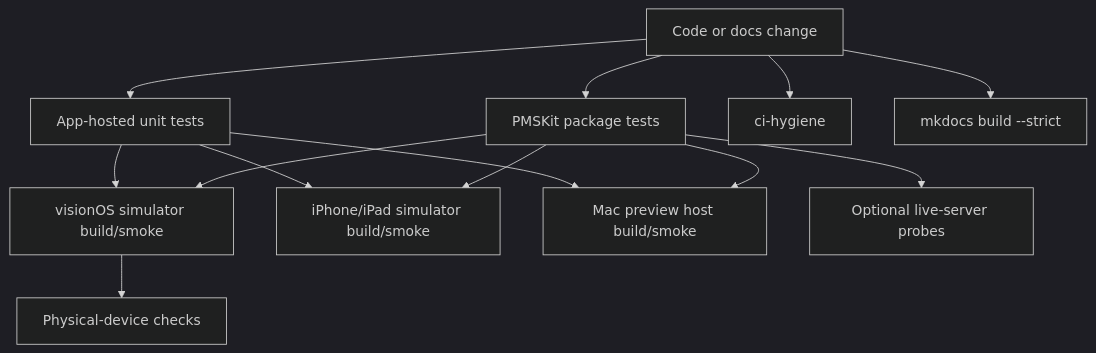
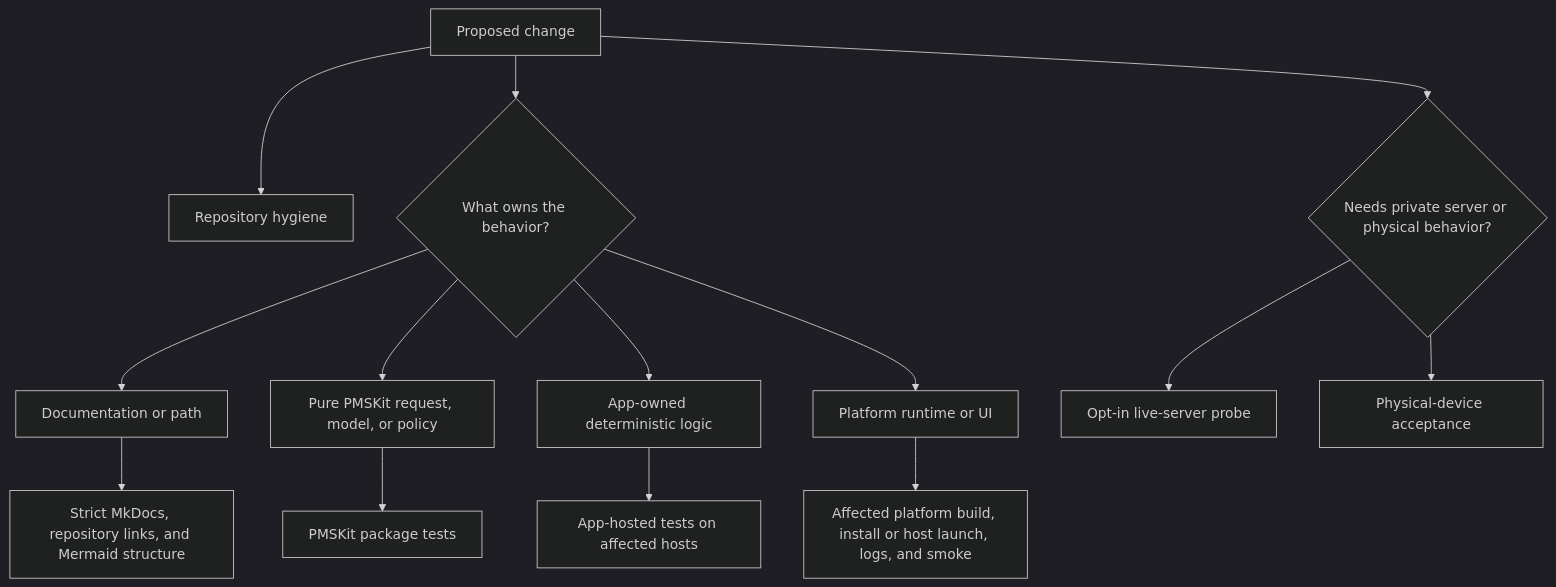
One commit to jlipworth/Labstream changed the diagram in docs/TESTING-STRATEGY.md. Above: the diagram before and after it, drawn with Mermaid (dark theme). The commit also changed other lines of this file and 44 other files, not shown here.

````diff
--- a/docs/TESTING-STRATEGY.md
+++ b/docs/TESTING-STRATEGY.md
@@ -5,15 +5,18 @@
 ```mermaid
 flowchart TD
-  Change[Code or docs change] --> Unit[PMSKit package tests]
-  Change --> AppUnit[App-hosted unit tests]
-  Change --> Hygiene[ci-hygiene]
-  Change --> Docs[mkdocs build --strict]
-  Unit --> VisionSim[visionOS simulator build/smoke]
-  Unit --> MobileSim[iPhone/iPad simulator build/smoke]
-  Unit --> MacHost[Mac preview host build/smoke]
-  VisionSim --> Device[Physical-device checks]
-  Unit --> Live[Optional live-server probes]
-  AppUnit --> VisionSim
-  AppUnit --> MobileSim
-  AppUnit --> MacHost
+  accTitle: Validation lanes by change type
+  accDescr: Every change runs repository hygiene. Documentation changes also run strict site, link, and Mermaid checks; pure package changes run PMSKit tests; app-owned deterministic changes run hosted tests; runtime changes add the affected platform build and smoke. Private-server and hardware-only behavior use separate opt-in gates.
+  Change[Proposed change] --> Hygiene[Repository hygiene]
+  Change --> Kind{What owns the behavior?}
+  Kind --> Docs[Documentation or path]
+  Kind --> Pure[Pure PMSKit request, model, or policy]
+  Kind --> App[App-owned deterministic logic]
+  Kind --> Runtime[Platform runtime or UI]
+  Docs --> DocGate[Strict MkDocs, repository links, and Mermaid structure]
+  Pure --> Package[PMSKit package tests]
+  App --> Hosted[App-hosted tests on affected hosts]
+  Runtime --> Smoke[Affected platform build, install or host launch, logs, and smoke]
+  Change --> Private{Needs private server or physical behavior?}
+  Private --> Live[Opt-in live-server probe]
+  Private --> Device[Physical-device acceptance]
 ```
````
